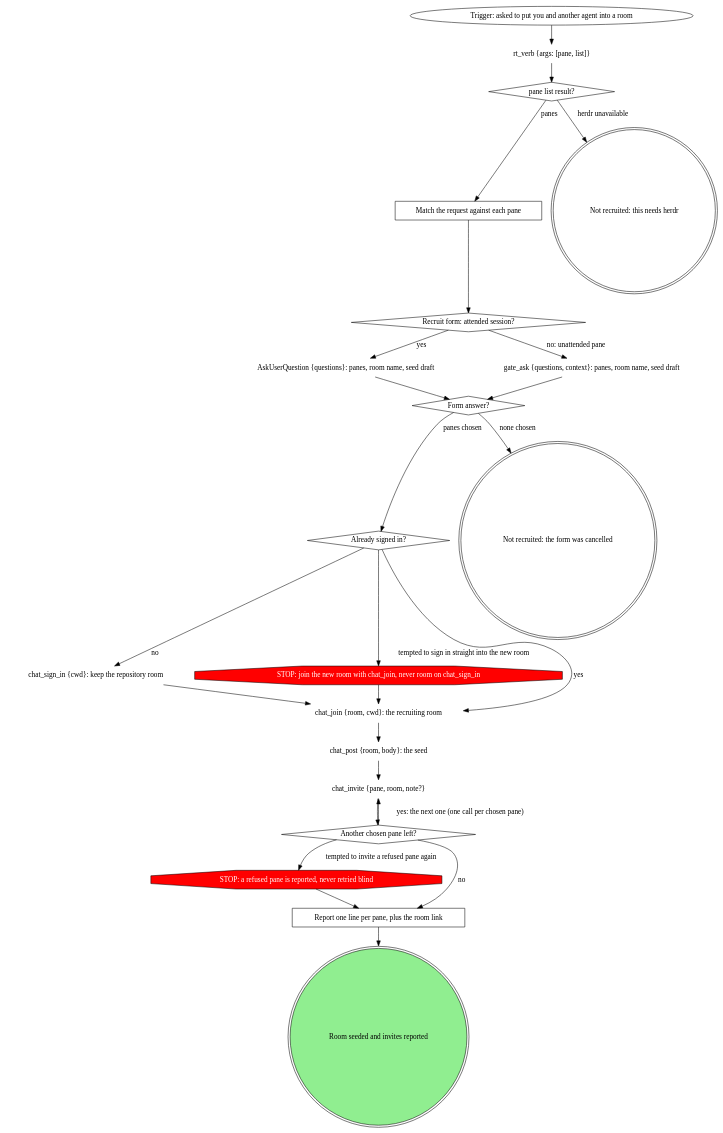
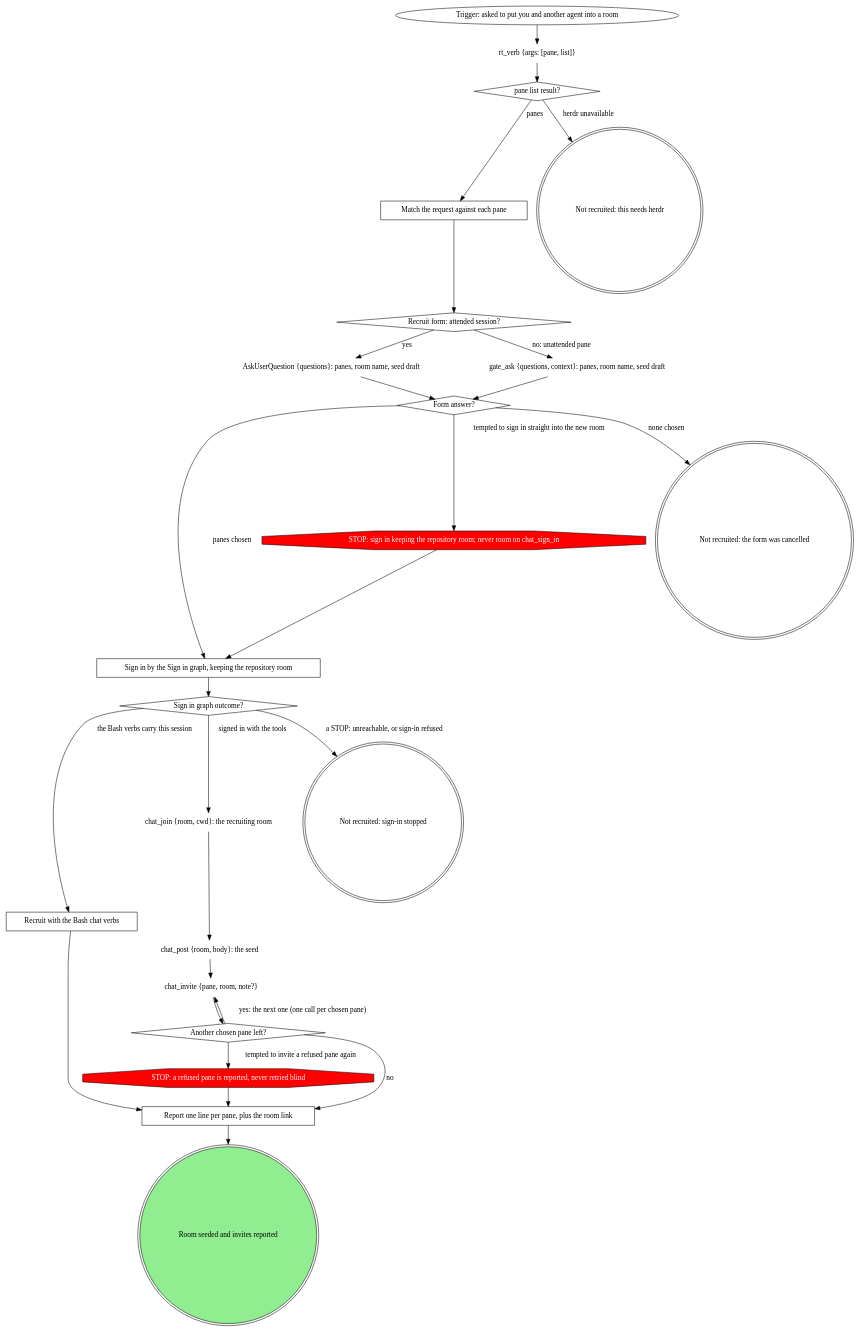
The fourth of 4 diagrams in skills/rt-chat/SKILL.md (m4ttstack/mattstack), drawn with Graphviz before and after one commit. The commit also changed other lines of this file, not shown here.

Commit message:
rt-chat: sign in with the Bash verbs after /clear; recruiting walks the sign-in graph

````diff
--- a/skills/rt-chat/SKILL.md
+++ b/skills/rt-chat/SKILL.md
@@ -352,51 +373,55 @@
 ```dot
 digraph chat_recruit {
     rankdir=TB;
 
     "Trigger: asked to put you and another agent into a room" [shape=ellipse];
     "rt_verb {args: [pane, list]}" [shape=plaintext];
     "pane list result?" [shape=diamond];
     "Match the request against each pane" [shape=box];
     "Recruit form: attended session?" [shape=diamond];
     "AskUserQuestion {questions}: panes, room name, seed draft" [shape=plaintext];
     "gate_ask {questions, context}: panes, room name, seed draft" [shape=plaintext];
     "Form answer?" [shape=diamond];
-    "Already signed in?" [shape=diamond];
-    "chat_sign_in {cwd}: keep the repository room" [shape=plaintext];
-    "STOP: join the new room with chat_join, never room on chat_sign_in" [shape=octagon style=filled fillcolor=red fontcolor=white];
+    "Sign in by the Sign in graph, keeping the repository room" [shape=box];
+    "Sign in graph outcome?" [shape=diamond];
+    "STOP: sign in keeping the repository room; never room on chat_sign_in" [shape=octagon style=filled fillcolor=red fontcolor=white];
+    "Recruit with the Bash chat verbs" [shape=box];
     "chat_join {room, cwd}: the recruiting room" [shape=plaintext];
     "chat_post {room, body}: the seed" [shape=plaintext];
     "chat_invite {pane, room, note?}" [shape=plaintext];
     "Another chosen pane left?" [shape=diamond];
     "STOP: a refused pane is reported, never retried blind" [shape=octagon style=filled fillcolor=red fontcolor=white];
     "Report one line per pane, plus the room link" [shape=box];
     "Not recruited: this needs herdr" [shape=doublecircle];
     "Not recruited: the form was cancelled" [shape=doublecircle];
+    "Not recruited: sign-in stopped" [shape=doublecircle];
     "Room seeded and invites reported" [shape=doublecircle style=filled fillcolor=lightgreen];
 
     "Trigger: asked to put you and another agent into a room" -> "rt_verb {args: [pane, list]}";
     "rt_verb {args: [pane, list]}" -> "pane list result?";
     "pane list result?" -> "Match the request against each pane" [label="panes"];
     "pane list result?" -> "Not recruited: this needs herdr" [label="herdr unavailable"];
     "Match the request against each pane" -> "Recruit form: attended session?";
     "Recruit form: attended session?" -> "AskUserQuestion {questions}: panes, room name, seed draft" [label="yes"];
     "Recruit form: attended session?" -> "gate_ask {questions, context}: panes, room name, seed draft" [label="no: unattended pane"];
     "AskUserQuestion {questions}: panes, room name, seed draft" -> "Form answer?";
     "gate_ask {questions, context}: panes, room name, seed draft" -> "Form answer?";
-    "Form answer?" -> "Already signed in?" [label="panes chosen"];
+    "Form answer?" -> "Sign in by the Sign in graph, keeping the repository room" [label="panes chosen"];
     "Form answer?" -> "Not recruited: the form was cancelled" [label="none chosen"];
-    "Already signed in?" -> "chat_join {room, cwd}: the recruiting room" [label="yes"];
-    "Already signed in?" -> "chat_sign_in {cwd}: keep the repository room" [label="no"];
-    "Already signed in?" -> "STOP: join the new room with chat_join, never room on chat_sign_in" [label="tempted to sign in straight into the new room"];
-    "STOP: join the new room with chat_join, never room on chat_sign_in" -> "chat_join {room, cwd}: the recruiting room";
-    "chat_sign_in {cwd}: keep the repository room" -> "chat_join {room, cwd}: the recruiting room";
+    "Form answer?" -> "STOP: sign in keeping the repository room; never room on chat_sign_in" [label="tempted to sign in straight into the new room"];
+    "STOP: sign in keeping the repository room; never room on chat_sign_in" -> "Sign in by the Sign in graph, keeping the repository room";
+    "Sign in by the Sign in graph, keeping the repository room" -> "Sign in graph outcome?";
+    "Sign in graph outcome?" -> "chat_join {room, cwd}: the recruiting room" [label="signed in with the tools"];
+    "Sign in graph outcome?" -> "Recruit with the Bash chat verbs" [label="the Bash verbs carry this session"];
+    "Sign in graph outcome?" -> "Not recruited: sign-in stopped" [label="a STOP: unreachable, or sign-in refused"];
+    "Recruit with the Bash chat verbs" -> "Report one line per pane, plus the room link";
     "chat_join {room, cwd}: the recruiting room" -> "chat_post {room, body}: the seed";
     "chat_post {room, body}: the seed" -> "chat_invite {pane, room, note?}";
     "chat_invite {pane, room, note?}" -> "Another chosen pane left?";
     "Another chosen pane left?" -> "chat_invite {pane, room, note?}" [label="yes: the next one (one call per chosen pane)"];
     "Another chosen pane left?" -> "Report one line per pane, plus the room link" [label="no"];
     "Another chosen pane left?" -> "STOP: a refused pane is reported, never retried blind" [label="tempted to invite a refused pane again"];
     "STOP: a refused pane is reported, never retried blind" -> "Report one line per pane, plus the room link";
     "Report one line per pane, plus the room link" -> "Room seeded and invites reported";
 }
 ```
````
